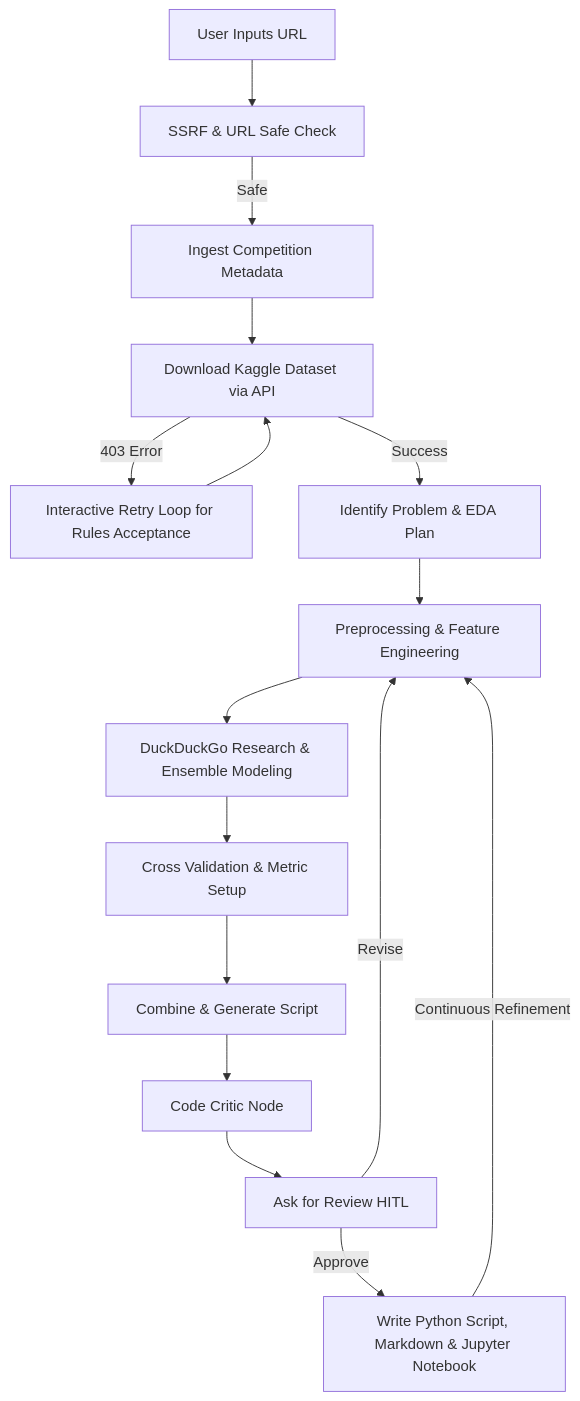
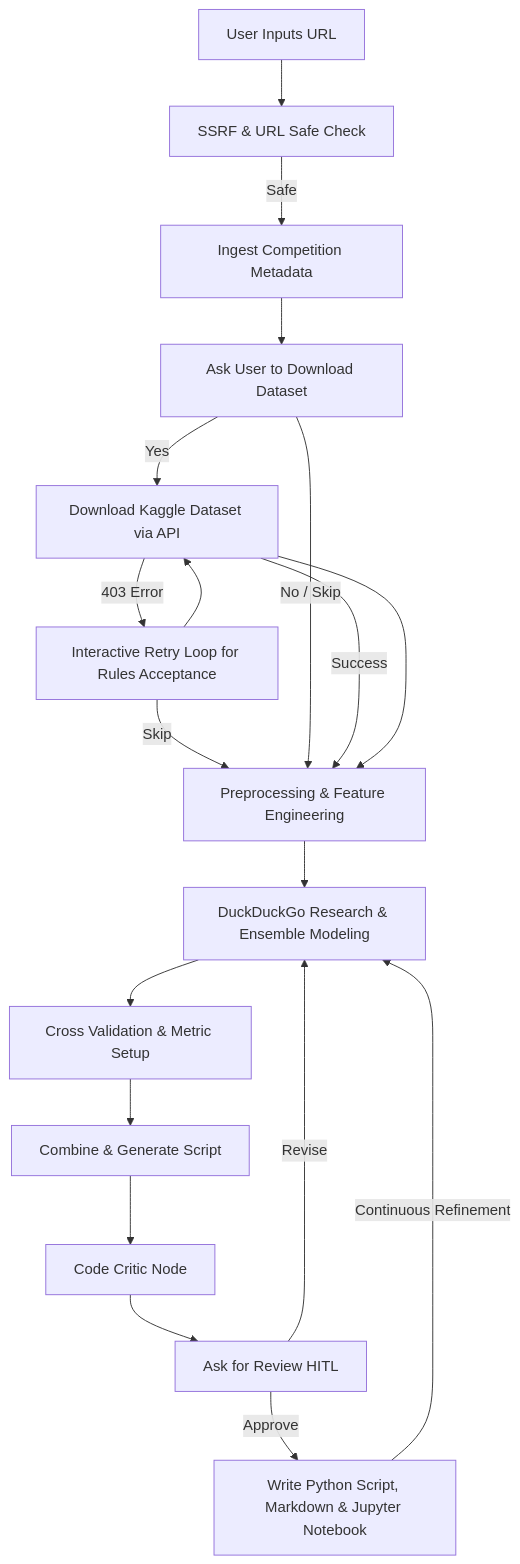
Before and after one commit to devsu88/vibecoding-agents-capstone-project: the diagram in kaggle-copilot/README.md, drawn with Mermaid. The commit also changed other lines of this file, not shown here.

````diff
--- a/kaggle-copilot/README.md
+++ b/kaggle-copilot/README.md
@@ -13,18 +13,21 @@
 ```mermaid
 graph TD
     A[User Inputs URL] --> B[SSRF & URL Safe Check]
     B -->|Safe| C[Ingest Competition Metadata]
-    C --> D[Download Kaggle Dataset via API]
-    D -->|403 Error| D_Error[Interactive Retry Loop for Rules Acceptance]
-    D_Error --> D
-    D -->|Success| E[Identify Problem & EDA Plan]
+    C --> D[Ask User to Download Dataset]
+    D -->|Yes| E[Download Kaggle Dataset via API]
+    E -->|403 Error| E_Error[Interactive Retry Loop for Rules Acceptance]
+    E_Error --> E
+    E_Error -->|Skip| F
+    D -->|No / Skip| F[Identify Problem & EDA Plan]
+    E -->|Success| F
     E --> F[Preprocessing & Feature Engineering]
     F --> G[DuckDuckGo Research & Ensemble Modeling]
     G --> H[Cross Validation & Metric Setup]
     H --> I[Combine & Generate Script]
     I --> J[Code Critic Node]
     J --> K[Ask for Review HITL]
-    K -->|Revise| F
+    K -->|Revise| G
     K -->|Approve| L[Write Python Script, Markdown & Jupyter Notebook]
-    L -->|Continuous Refinement| F
+    L -->|Continuous Refinement| G
 ```
````
